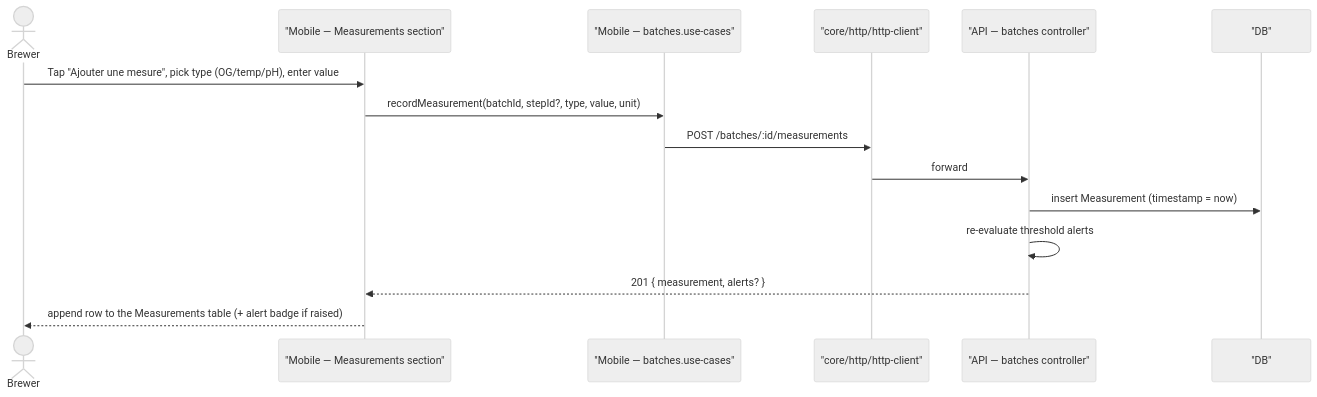
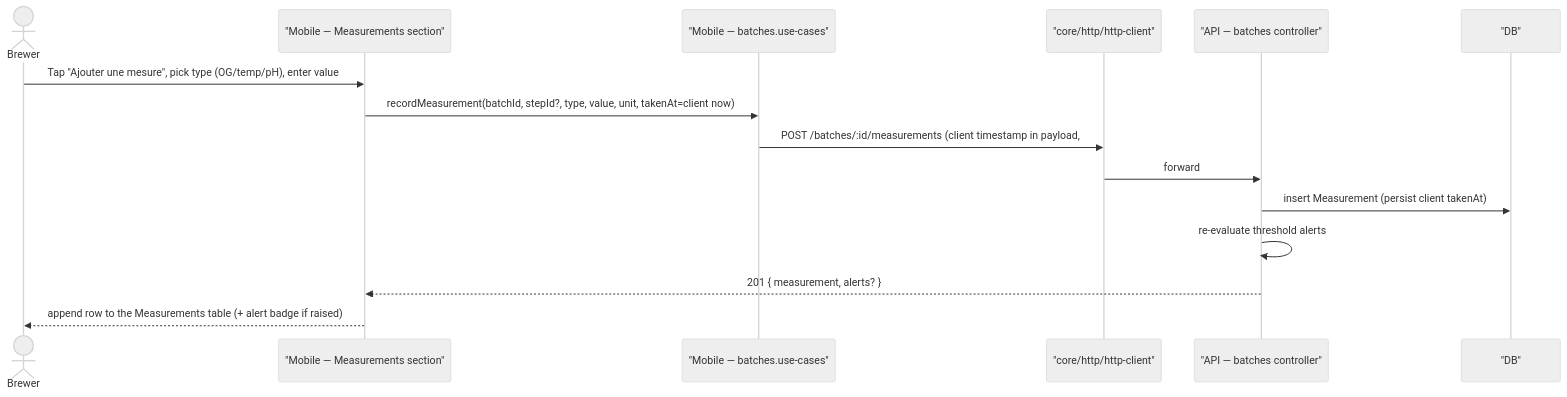
One commit to benoit-bremaud/brasse-bouillon changed the second of 2 diagrams in docs/architecture/diagrams/batches/02-sequence-detail-and-measurement.md. Above: the diagram before and after it, drawn with Mermaid (neutral theme). The commit also changed other lines of this file and 3 other files, not shown here.

````diff
--- a/docs/architecture/diagrams/batches/02-sequence-detail-and-measurement.md
+++ b/docs/architecture/diagrams/batches/02-sequence-detail-and-measurement.md
@@ -35,18 +35,18 @@
 ```mermaid
 sequenceDiagram
   actor B as Brewer
   participant S as "Mobile — Measurements section"
   participant UC as "Mobile — batches.use-cases"
   participant HTTP as "core/http/http-client"
   participant API as "API — batches controller"
   participant DB as "DB"
 
   B->>S: Tap "Ajouter une mesure", pick type (OG/temp/pH), enter value
-  S->>UC: recordMeasurement(batchId, stepId?, type, value, unit)
-  UC->>HTTP: POST /batches/:id/measurements
+  S->>UC: recordMeasurement(batchId, stepId?, type, value, unit, takenAt=client now)
+  UC->>HTTP: POST /batches/:id/measurements (client timestamp in payload, #607)
   HTTP->>API: forward
-  API->>DB: insert Measurement (timestamp = now)
+  API->>DB: insert Measurement (persist client takenAt)
   API->>API: re-evaluate threshold alerts
   API-->>S: 201 { measurement, alerts? }
   S-->>B: append row to the Measurements table (+ alert badge if raised)
 ```
````
